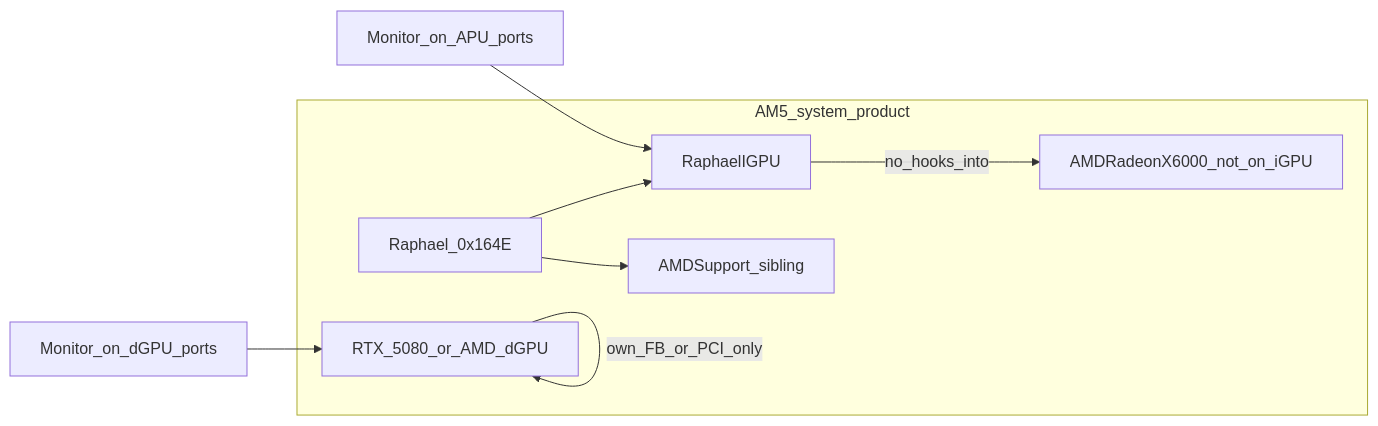
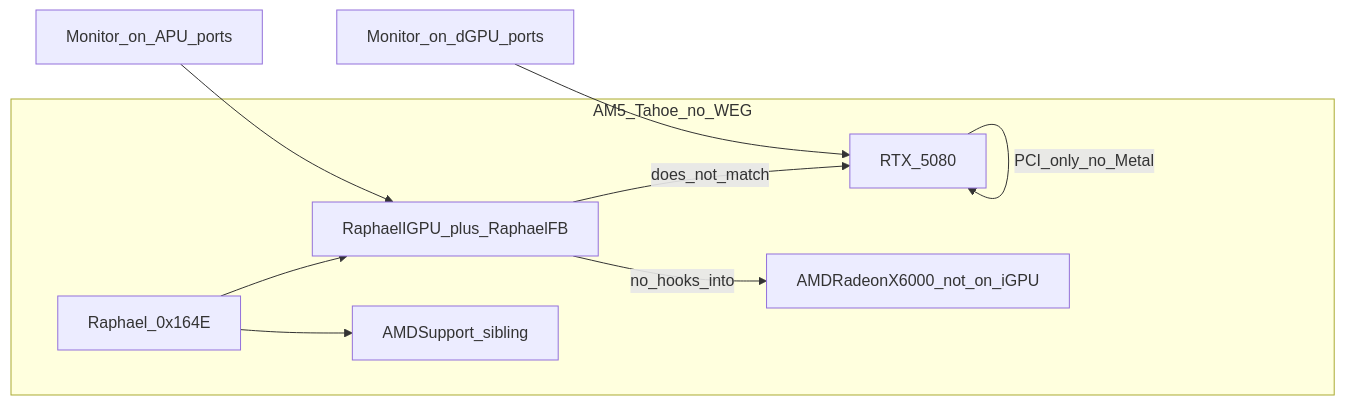
Before and after one commit to winkleplex10-bit/MetalGPUDrivers: the diagram in docs/CURSOR-START-AMD-RDNA2-IGPU.md, drawn with Mermaid. The commit also changed other lines of this file and 25 other files, not shown here.

````diff
--- a/docs/CURSOR-START-AMD-RDNA2-IGPU.md
+++ b/docs/CURSOR-START-AMD-RDNA2-IGPU.md
@@ -147,16 +147,17 @@
 ```mermaid
 flowchart LR
-  subgraph system [AM5_system_product]
+  subgraph system [AM5_Tahoe_no_WEG]
     iGPU["Raphael_0x164E"]
-    dGPU["RTX_5080_or_AMD_dGPU"]
-    OurKext["RaphaelIGPU"]
+    dGPU["RTX_5080"]
+    OurKext["RaphaelIGPU_plus_RaphaelFB"]
     AMDSupport["AMDSupport_sibling"]
     AppleAMD["AMDRadeonX6000_not_on_iGPU"]
   end
   iGPU --> OurKext
   iGPU --> AMDSupport
-  dGPU -->|"own_FB_or_PCI_only"| dGPU
+  dGPU -->|"PCI_only_no_Metal"| dGPU
   OurKext -->|"no_hooks_into"| AppleAMD
+  OurKext -->|"does_not_match"| dGPU
   MonA["Monitor_on_APU_ports"] --> OurKext
   MonB["Monitor_on_dGPU_ports"] --> dGPU
 ```
````
